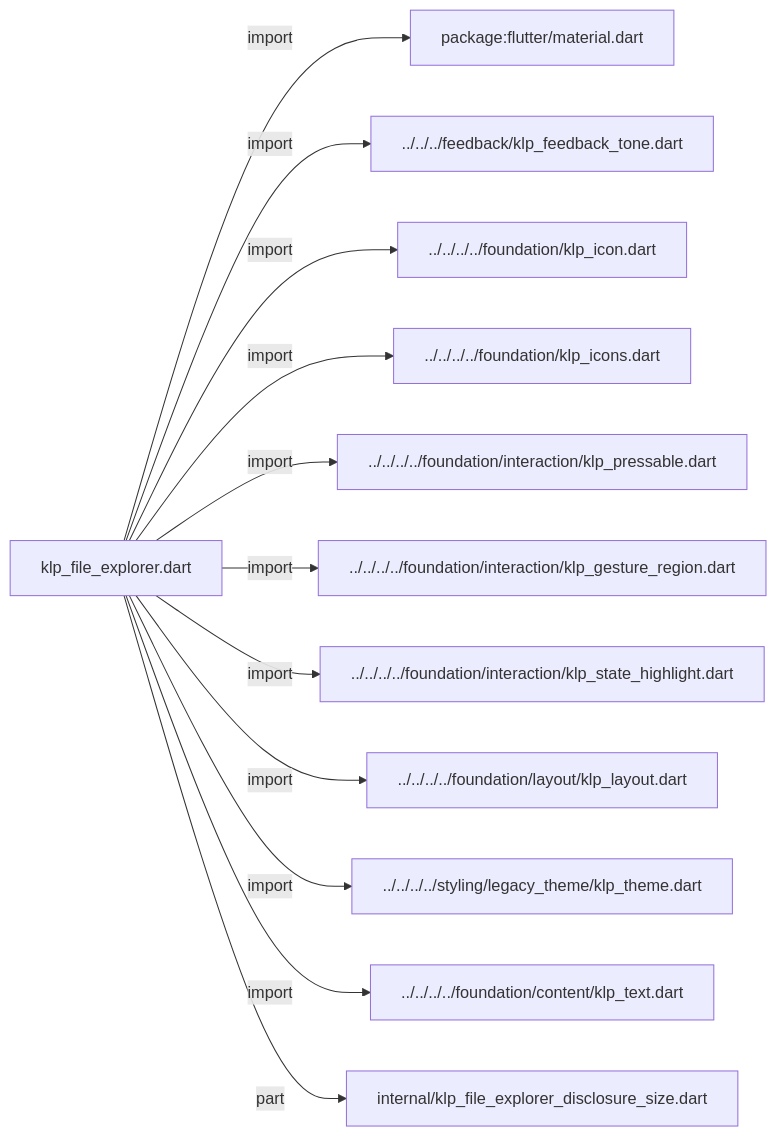
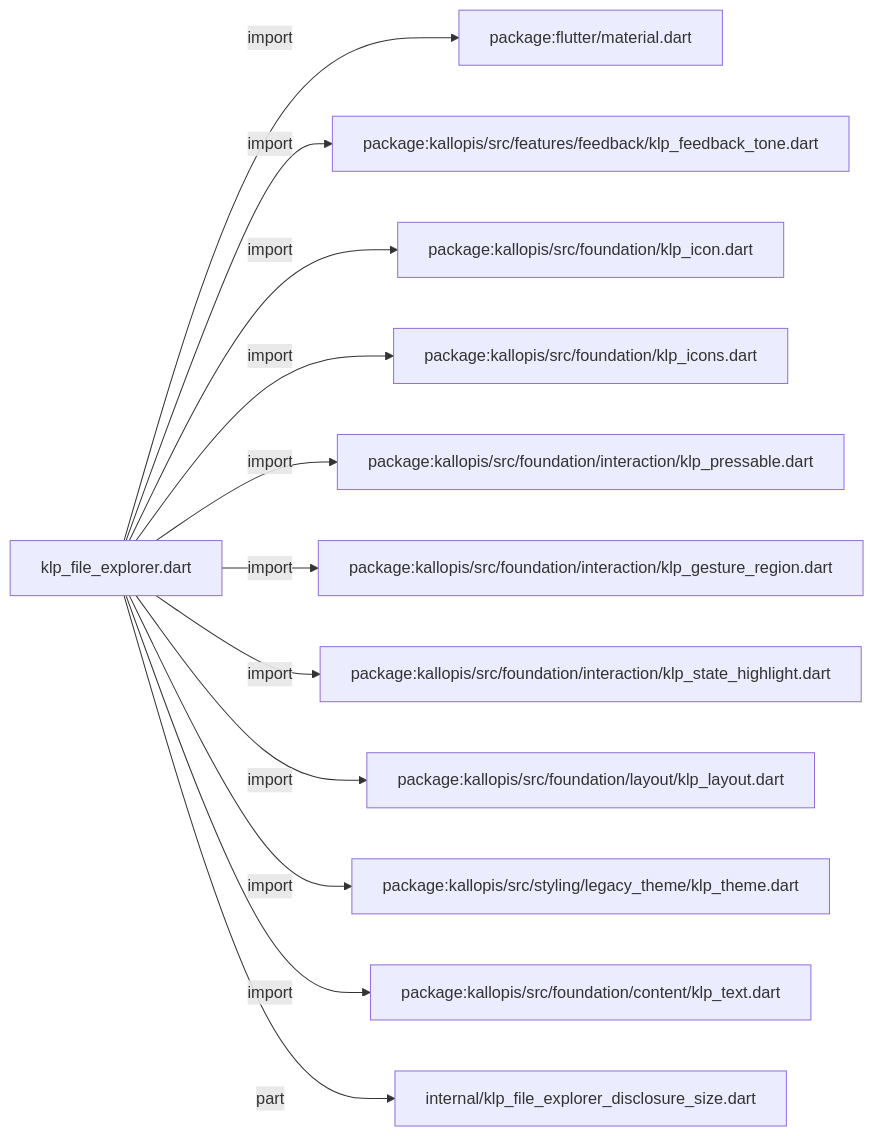
One commit to MiuDog/Kallopis changed the first of 3 diagrams in docs/architecture/src/features/navigation/widgets/explorer/klp_file_explorer.md. Above: the diagram before and after it, drawn with Mermaid. The commit also changed other lines of this file and 9688 other files, not shown here.

Commit message:
Prepare isolated Flow F2 peer baseline

````diff
--- a/docs/architecture/src/features/navigation/widgets/explorer/klp_file_explorer.md
+++ b/docs/architecture/src/features/navigation/widgets/explorer/klp_file_explorer.md
@@ -11,26 +11,26 @@
 ```mermaid
 flowchart LR
 	n0["klp_file_explorer.dart"]
 	n1["package:flutter/material.dart"]
-	n2["../../../feedback/klp_feedback_tone.dart"]
-	n3["../../../../foundation/klp_icon.dart"]
-	n4["../../../../foundation/klp_icons.dart"]
-	n5["../../../../foundation/interaction/klp_pressable.dart"]
-	n6["../../../../foundation/interaction/klp_gesture_region.dart"]
-	n7["../../../../foundation/interaction/klp_state_highlight.dart"]
-	n8["../../../../foundation/layout/klp_layout.dart"]
-	n9["../../../../styling/legacy_theme/klp_theme.dart"]
-	n10["../../../../foundation/content/klp_text.dart"]
+	n2["package:kallopis/src/features/feedback/klp_feedback_tone.dart"]
+	n3["package:kallopis/src/foundation/klp_icon.dart"]
+	n4["package:kallopis/src/foundation/klp_icons.dart"]
+	n5["package:kallopis/src/foundation/interaction/klp_pressable.dart"]
+	n6["package:kallopis/src/foundation/interaction/klp_gesture_region.dart"]
+	n7["package:kallopis/src/foundation/interaction/klp_state_highlight.dart"]
+	n8["package:kallopis/src/foundation/layout/klp_layout.dart"]
+	n9["package:kallopis/src/styling/legacy_theme/klp_theme.dart"]
+	n10["package:kallopis/src/foundation/content/klp_text.dart"]
 	n11["internal/klp_file_explorer_disclosure_size.dart"]
 	n0 -->|"import"| n1
 	n0 -->|"import"| n2
 	n0 -->|"import"| n3
 	n0 -->|"import"| n4
 	n0 -->|"import"| n5
 	n0 -->|"import"| n6
 	n0 -->|"import"| n7
 	n0 -->|"import"| n8
 	n0 -->|"import"| n9
 	n0 -->|"import"| n10
 	n0 -->|"part"| n11
 ```
````
